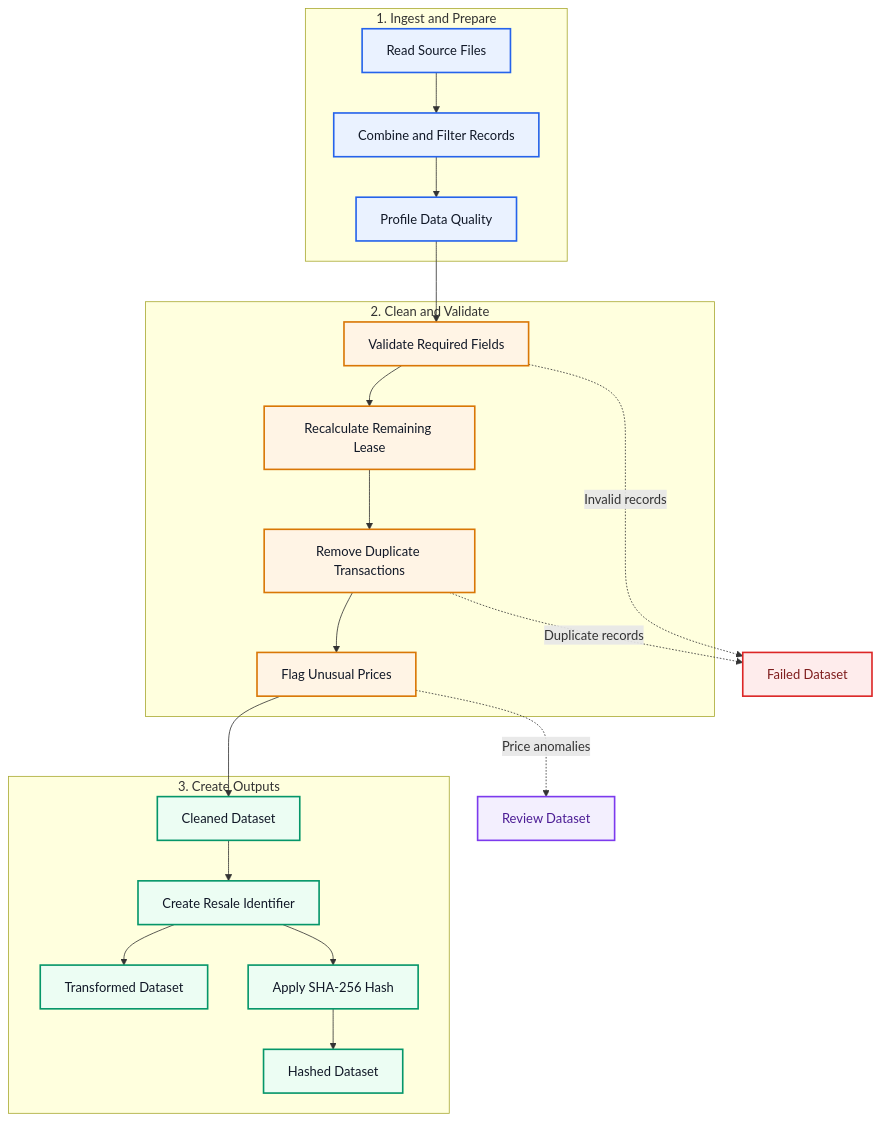
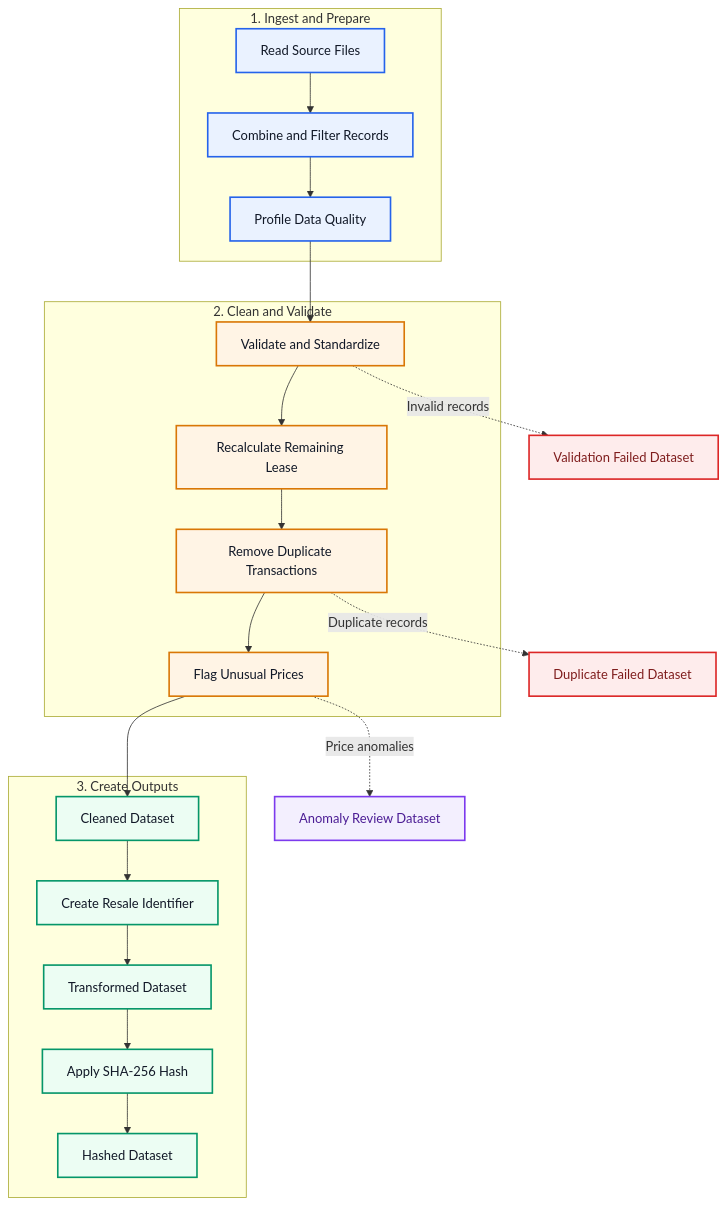
Before and after one commit to blaire101/HDB_SDE_Technical_Test_26: the diagram in README.md, drawn with Mermaid.

Commit message:
+ update readme

````diff
--- a/README.md
+++ b/README.md
@@ -10,47 +10,46 @@
 ```mermaid
 flowchart TD
     subgraph P1[1. Ingest and Prepare]
         A[Read Source Files]
         B[Combine and Filter Records]
         C[Profile Data Quality]
         A --> B --> C
     end
 
     subgraph P2[2. Clean and Validate]
-        D[Validate Required Fields]
+        D[Validate and Standardize]
         E[Recalculate Remaining Lease]
         F[Remove Duplicate Transactions]
         G[Flag Unusual Prices]
         D --> E --> F --> G
     end
 
     subgraph P3[3. Create Outputs]
         H[Cleaned Dataset]
         I[Create Resale Identifier]
         J[Transformed Dataset]
         K[Apply SHA-256 Hash]
         L[Hashed Dataset]
-        H --> I
-        I --> J
-        I --> K --> L
+
+        H --> I --> J --> K --> L
     end
 
     C --> D
     G --> H
 
-    D -. Invalid records .-> X[Failed Dataset]
-    F -. Duplicate records .-> X
-    G -. Price anomalies .-> Y[Review Dataset]
+    D -. Invalid records .-> X1[Validation Failed Dataset]
+    F -. Duplicate records .-> X2[Duplicate Failed Dataset]
+    G -. Price anomalies .-> Y[Anomaly Review Dataset]
 
     classDef ingest fill:#EAF2FF,stroke:#2563EB,stroke-width:2px,color:#111827;
     classDef quality fill:#FFF4E5,stroke:#D97706,stroke-width:2px,color:#111827;
     classDef output fill:#ECFDF3,stroke:#059669,stroke-width:2px,color:#111827;
     classDef failed fill:#FEECEC,stroke:#DC2626,stroke-width:2px,color:#7F1D1D;
     classDef review fill:#F3EFFE,stroke:#7C3AED,stroke-width:2px,color:#4C1D95;
 
     class A,B,C ingest;
     class D,E,F,G quality;
     class H,I,J,K,L output;
-    class X failed;
+    class X1,X2 failed;
     class Y review;
 ```
````
